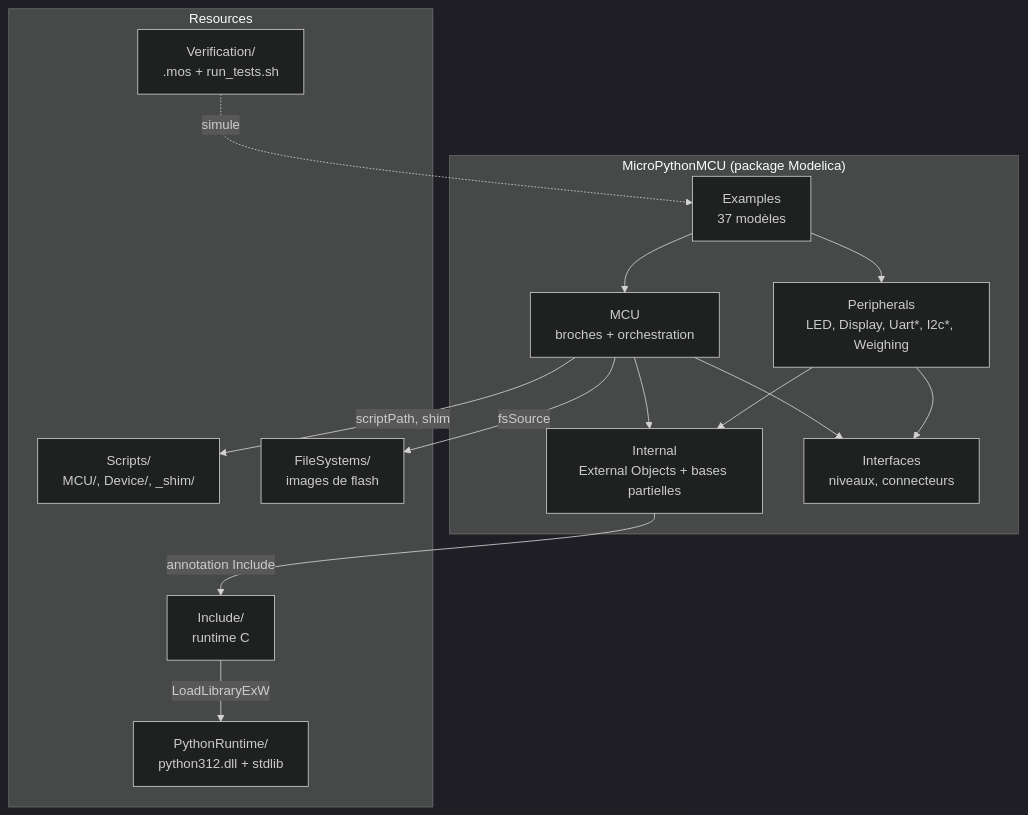
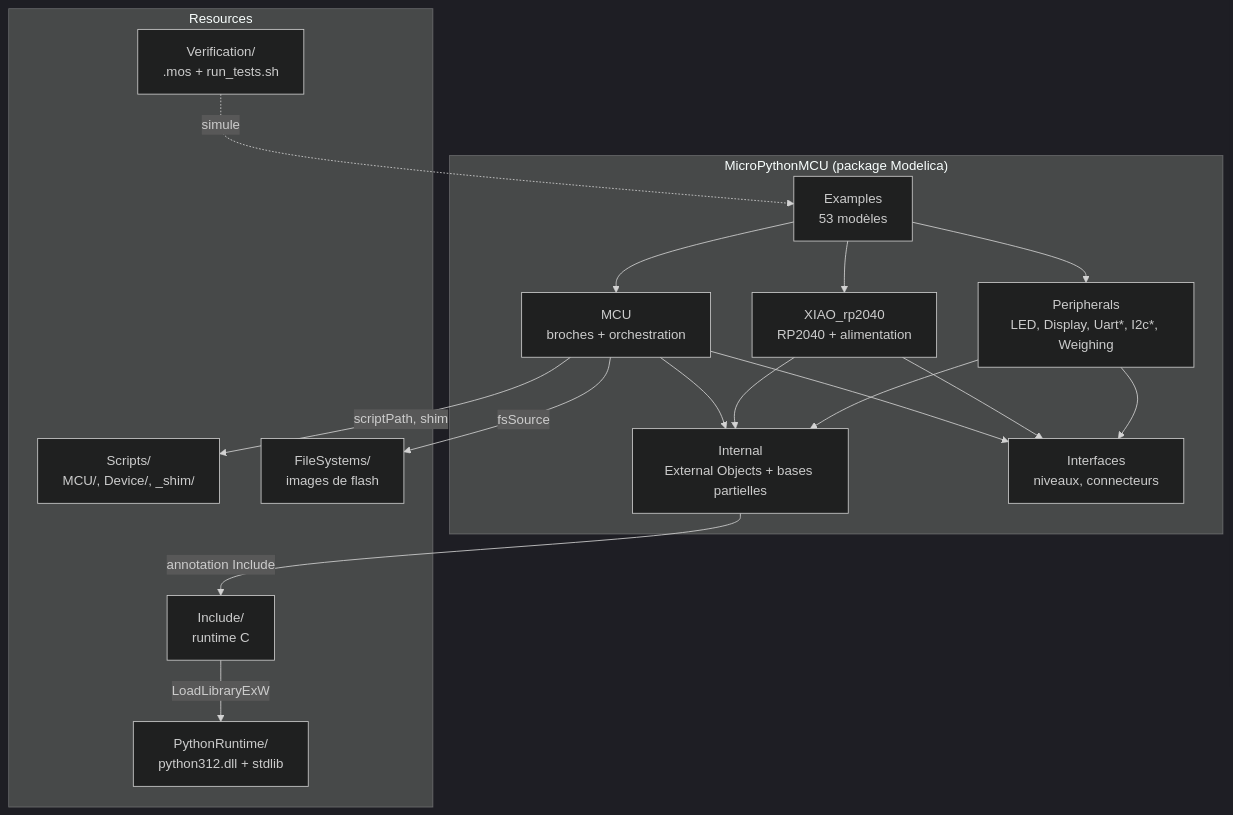
One commit to bdelaup/modelica_micropython changed the diagram in docs/fr/interne/architecture.md. Above: the diagram before and after it, drawn with Mermaid (dark theme). The commit also changed other lines of this file and 54 other files, not shown here.

````diff
--- a/docs/fr/interne/architecture.md
+++ b/docs/fr/interne/architecture.md
@@ -10,28 +10,32 @@
 ```mermaid
 flowchart TB
     subgraph LIB["MicroPythonMCU (package Modelica)"]
-        Examples["Examples<br/>37 modèles"]
+        Examples["Examples<br/>53 modèles"]
         MCU["MCU<br/>broches + orchestration"]
+        XIAO["XIAO_rp2040<br/>RP2040 + alimentation"]
         Peripherals["Peripherals<br/>LED, Display, Uart*, I2c*, Weighing"]
         Internal["Internal<br/>External Objects + bases partielles"]
         Interfaces["Interfaces<br/>niveaux, connecteurs"]
     end
     subgraph RES["Resources"]
         Include["Include/<br/>runtime C"]
         PythonRuntime["PythonRuntime/<br/>python312.dll + stdlib"]
         Scripts["Scripts/<br/>MCU/, Device/, _shim/"]
         FileSystems["FileSystems/<br/>images de flash"]
         Verification["Verification/<br/>.mos + run_tests.sh"]
     end
     Examples --> MCU
+    Examples --> XIAO
     Examples --> Peripherals
     MCU --> Internal
+    XIAO --> Internal
     Peripherals --> Internal
     MCU --> Interfaces
+    XIAO --> Interfaces
     Peripherals --> Interfaces
     Internal -- "annotation Include" --> Include
     Include -- "LoadLibraryExW" --> PythonRuntime
     MCU -- "scriptPath, shim" --> Scripts
     MCU -- "fsSource" --> FileSystems
     Verification -. "simule" .-> Examples
 ```
````
